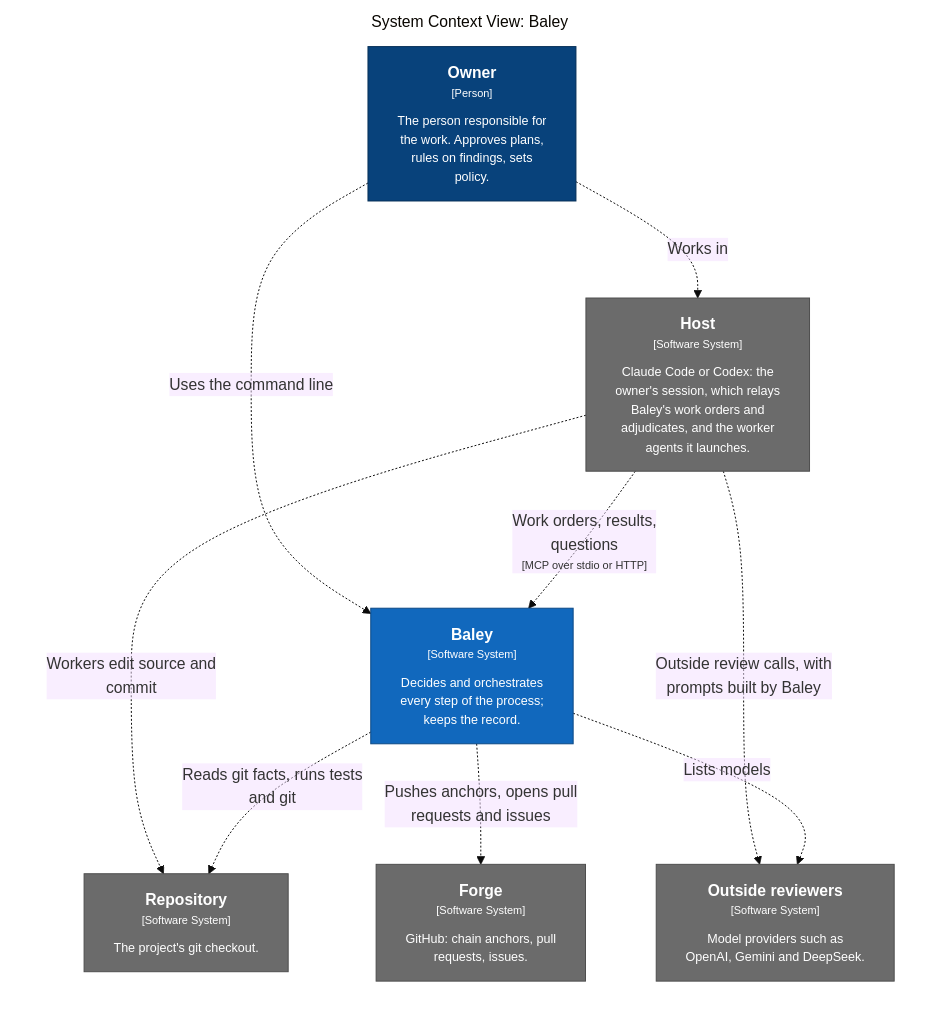
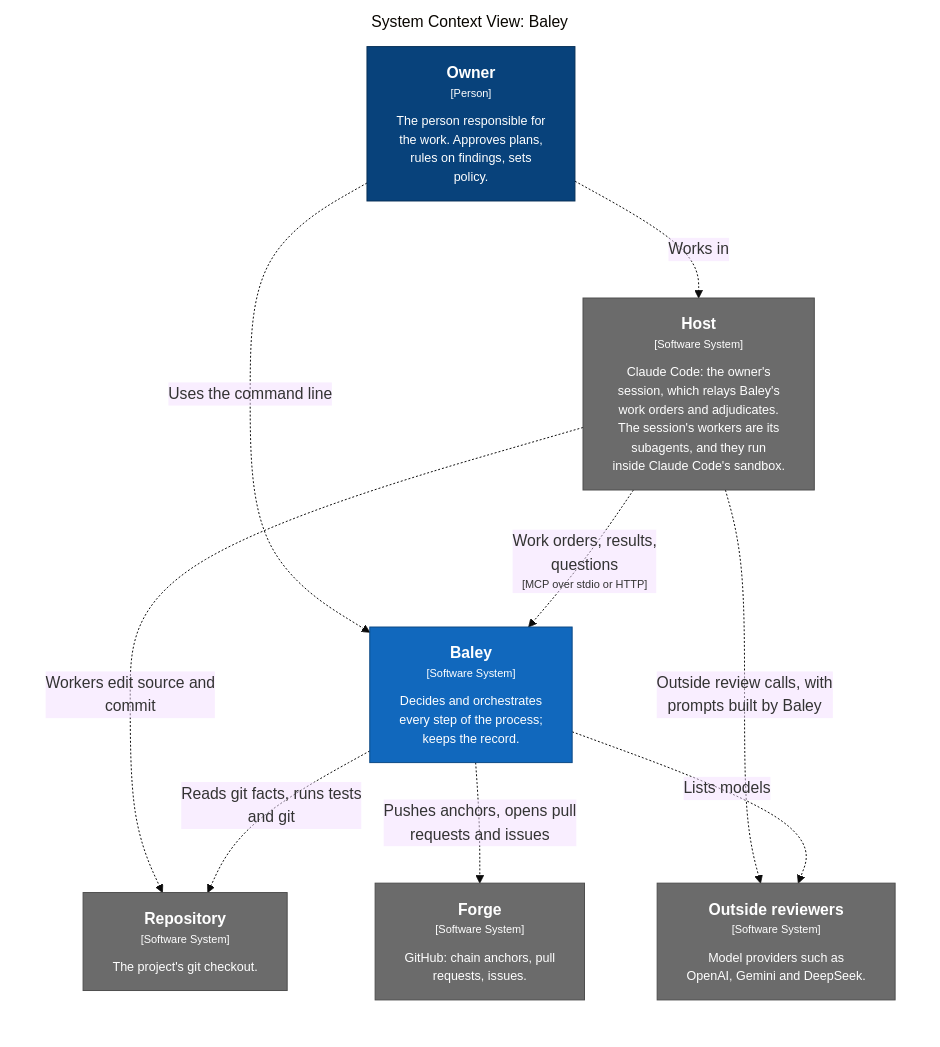
The first of 4 diagrams in docs/design/0002-system-design.md (crenshawdev/baley), drawn with Mermaid (base theme) before and after one commit. The commit also changed other lines of this file and 1 other file, not shown here.

First line of the commit message:
docs(design): name claude code alone as the host in the c4 model and regenerate its views

````diff
--- a/docs/design/0002-system-design.md
+++ b/docs/design/0002-system-design.md
@@ -51,31 +51,31 @@
 ```mermaid
 graph LR
   linkStyle default fill:none
 
   subgraph diagram ["System Context View: Baley"]
     style diagram fill:none,stroke:none
 
     1["<div style='font-weight: bold'>Owner</div><div style='font-size: 70%; margin-top: 0px'>[Person]</div><div style='font-size: 80%; margin-top:10px'>The person responsible for<br />the work. Approves plans,<br />rules on findings, sets<br />policy.</div>"]
     style 1 fill:#08427b,stroke:#052e56,color:#ffffff
-    15["<div style='font-weight: bold'>Host</div><div style='font-size: 70%; margin-top: 0px'>[Software System]</div><div style='font-size: 80%; margin-top:10px'>Claude Code or Codex: the<br />owner's session, which relays<br />Baley's work orders and<br />adjudicates, and the worker<br />agents it launches.</div>"]
+    15["<div style='font-weight: bold'>Host</div><div style='font-size: 70%; margin-top: 0px'>[Software System]</div><div style='font-size: 80%; margin-top:10px'>Claude Code: the owner's<br />session, which relays Baley's<br />work orders and adjudicates.<br />The session's workers are its<br />subagents, and they run<br />inside Claude Code's sandbox.</div>"]
     style 15 fill:#6b6b6b,stroke:#4d4d4d,color:#ffffff
     16["<div style='font-weight: bold'>Repository</div><div style='font-size: 70%; margin-top: 0px'>[Software System]</div><div style='font-size: 80%; margin-top:10px'>The project's git checkout.</div>"]
     style 16 fill:#6b6b6b,stroke:#4d4d4d,color:#ffffff
     17["<div style='font-weight: bold'>Forge</div><div style='font-size: 70%; margin-top: 0px'>[Software System]</div><div style='font-size: 80%; margin-top:10px'>GitHub: chain anchors, pull<br />requests, issues.</div>"]
     style 17 fill:#6b6b6b,stroke:#4d4d4d,color:#ffffff
     18["<div style='font-weight: bold'>Outside reviewers</div><div style='font-size: 70%; margin-top: 0px'>[Software System]</div><div style='font-size: 80%; margin-top:10px'>Model providers such as<br />OpenAI, Gemini and DeepSeek.</div>"]
     style 18 fill:#6b6b6b,stroke:#4d4d4d,color:#ffffff
     2["<div style='font-weight: bold'>Baley</div><div style='font-size: 70%; margin-top: 0px'>[Software System]</div><div style='font-size: 80%; margin-top:10px'>Decides and orchestrates<br />every step of the process;<br />keeps the record.</div>"]
     style 2 fill:#1168bd,stroke:#0b4884,color:#ffffff
 
     1-. "<div>Works in</div><div style='font-size: 70%'></div>" .->15
     1-. "<div>Uses the command line</div><div style='font-size: 70%'></div>" .->2
     15-. "<div>Work orders, results,<br />questions</div><div style='font-size: 70%'>[MCP over stdio or HTTP]</div>" .->2
     15-. "<div>Workers edit source and<br />commit</div><div style='font-size: 70%'></div>" .->16
     15-. "<div>Outside review calls, with<br />prompts built by Baley</div><div style='font-size: 70%'></div>" .->18
     2-. "<div>Lists models</div><div style='font-size: 70%'></div>" .->18
     2-. "<div>Reads git facts, runs tests<br />and git</div><div style='font-size: 70%'></div>" .->16
     2-. "<div>Pushes anchors, opens pull<br />requests and issues</div><div style='font-size: 70%'></div>" .->17
 
   end
 ```
````
